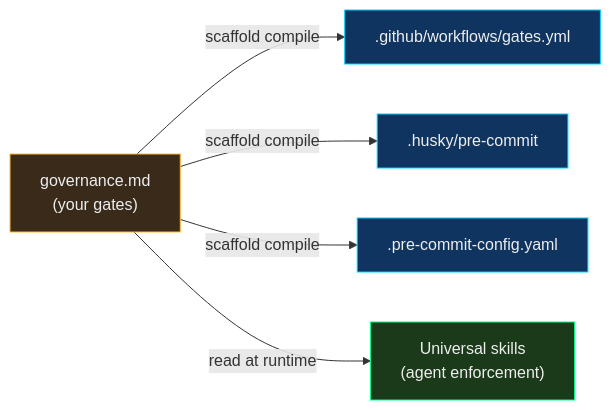
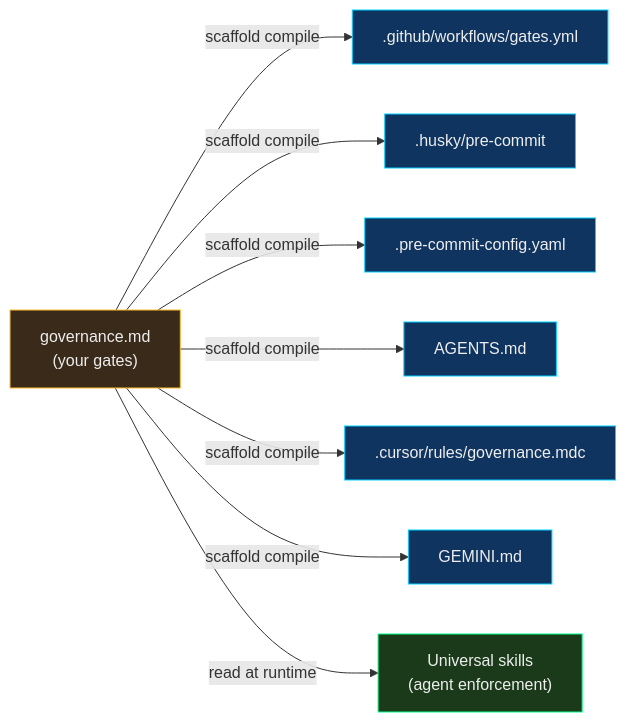
One commit to WhitehatD/crag changed the third of 5 diagrams in README.md. Above: the diagram before and after it, drawn with Mermaid. The commit also changed other lines of this file and 44 other files, not shown here.

````diff
--- a/README.md
+++ b/README.md
@@ -188,14 +508,20 @@
 ```mermaid
 flowchart LR
     GOV["governance.md\n(your gates)"]
     GOV -->|"scaffold compile"| GH[".github/workflows/gates.yml"]
     GOV -->|"scaffold compile"| HK[".husky/pre-commit"]
     GOV -->|"scaffold compile"| PC[".pre-commit-config.yaml"]
+    GOV -->|"scaffold compile"| AM["AGENTS.md"]
+    GOV -->|"scaffold compile"| CR[".cursor/rules/governance.mdc"]
+    GOV -->|"scaffold compile"| GM["GEMINI.md"]
     GOV -->|"read at runtime"| SKILL["Universal skills\n(agent enforcement)"]
 
     style GOV fill:#3a2a1a,stroke:#ffbb33,color:#eee
     style GH fill:#0f3460,stroke:#00d2ff,color:#eee
     style HK fill:#0f3460,stroke:#00d2ff,color:#eee
     style PC fill:#0f3460,stroke:#00d2ff,color:#eee
+    style AM fill:#0f3460,stroke:#00d2ff,color:#eee
+    style CR fill:#0f3460,stroke:#00d2ff,color:#eee
+    style GM fill:#0f3460,stroke:#00d2ff,color:#eee
     style SKILL fill:#1a3a1a,stroke:#00ff88,color:#eee
 ```
````
